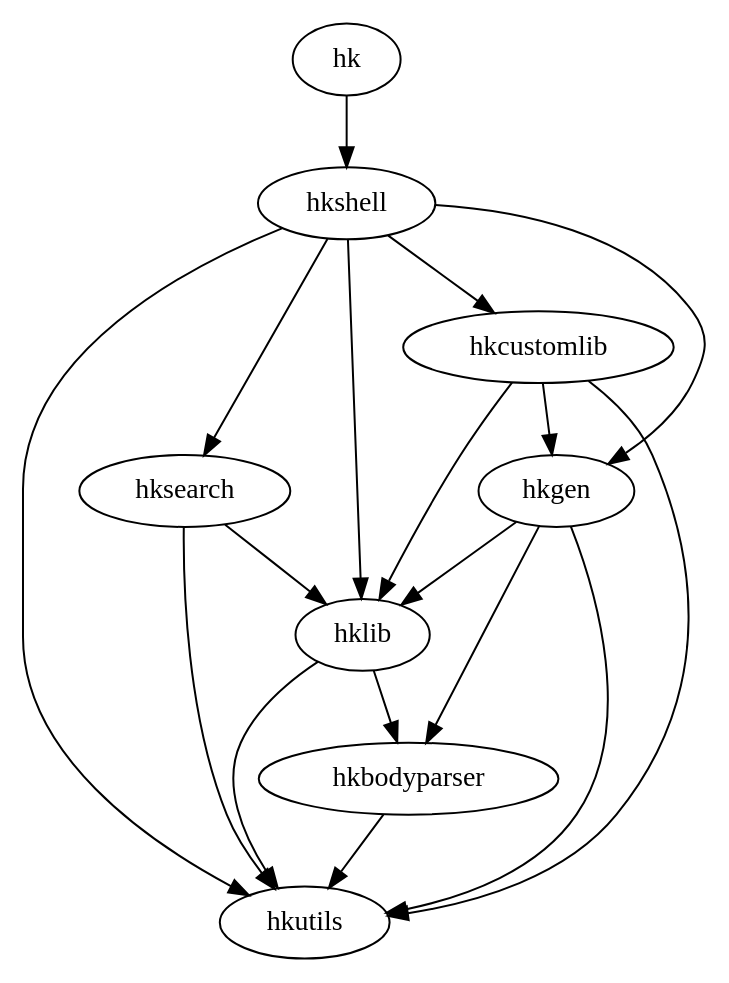
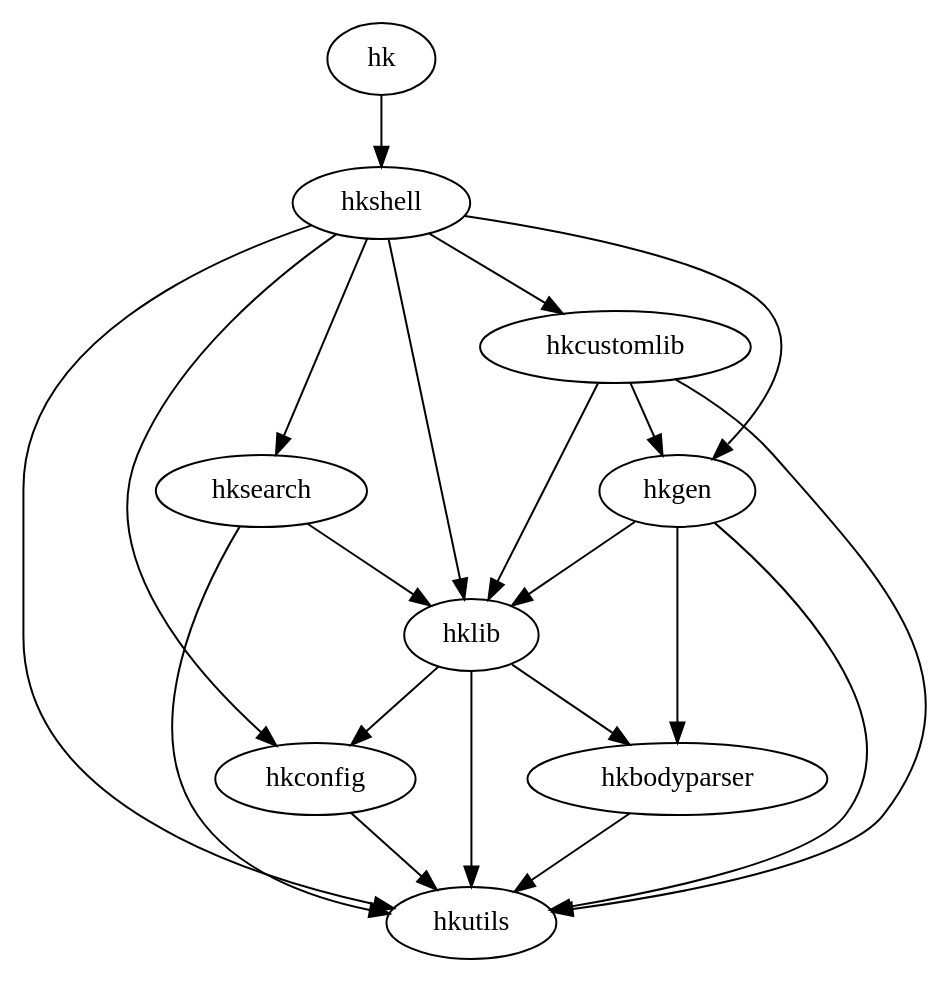
The diagram in doc/module_deps.dot (hcs42/heapkeeper-old), drawn with Graphviz before and after one commit. The commit also changed 11 other files, not shown here.

First line of the commit message:
hkconfig: extraced from hklib

```diff
--- a/doc/module_deps.dot
+++ b/doc/module_deps.dot
@@ -1,20 +1,23 @@
 // $ dot -Tpng -o images/module_deps.png module_deps.dot
 digraph {
     hkbodyparser -> hkutils;
+    hkconfig -> hkutils;
+    hklib -> hkconfig;
     hklib -> hkbodyparser;
     hklib -> hkutils;
     hksearch -> hkutils;
     hksearch -> hklib;
     hkgen -> hkutils;
     hkgen -> hkbodyparser;
     hkgen -> hklib;
     hkcustomlib -> hkutils;
     hkcustomlib -> hklib;
     hkcustomlib -> hkgen;
+    hkshell -> hkconfig;
     hkshell -> hkutils;
     hkshell -> hklib;
     hkshell -> hksearch;
     hkshell -> hkgen;
     hkshell -> hkcustomlib;
     hk -> hkshell;
 }
```
